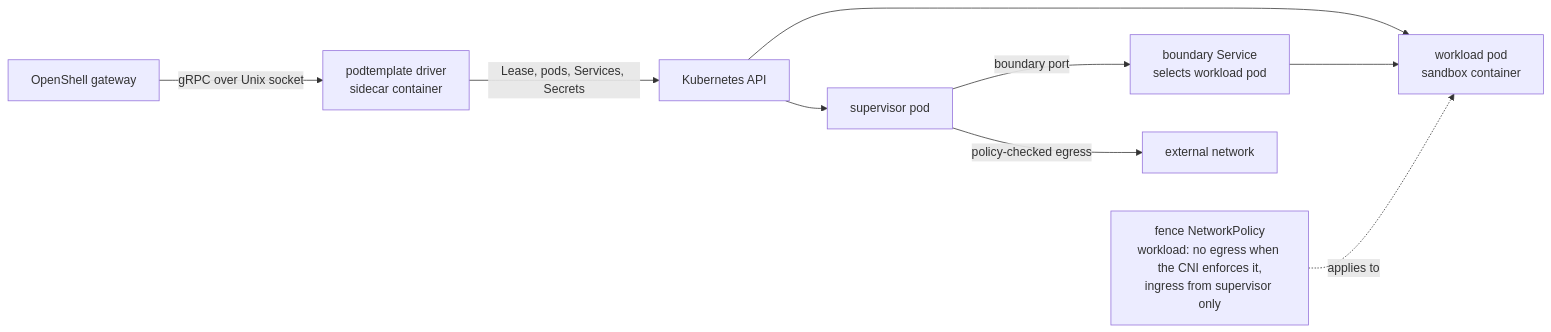
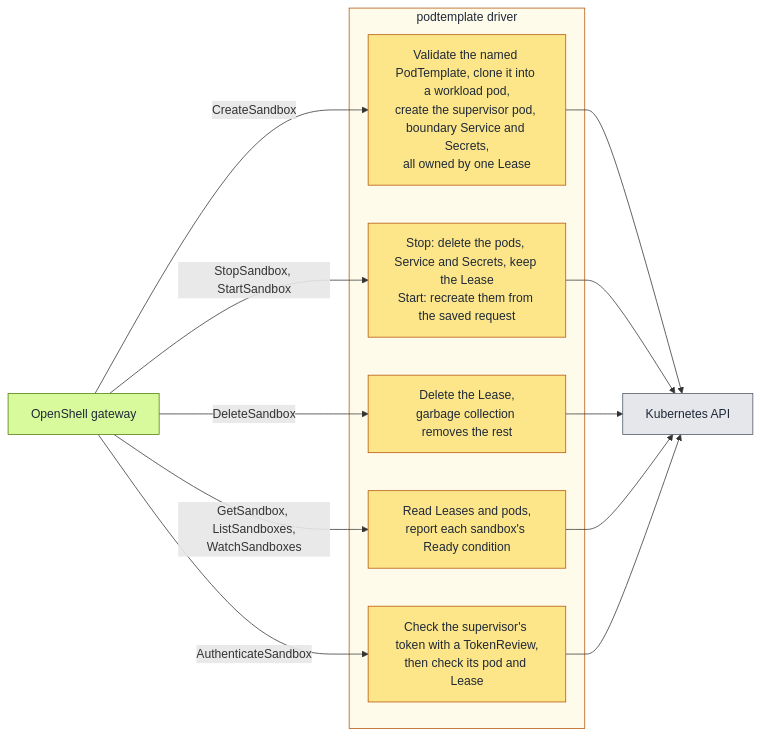
One commit to joshsymonds/openshell-driver-podtemplate changed the second of 3 diagrams in README.md. Above: the diagram before and after it, drawn with Mermaid. The commit also changed other lines of this file and 1 other file, not shown here.

First line of the commit message:
Redraw the architecture diagrams by ownership

````diff
--- a/README.md
+++ b/README.md
@@ -20,20 +82,29 @@
 ```mermaid
 flowchart LR
-  gw["OpenShell gateway"]
-  drv["podtemplate driver<br/>sidecar container"]
-  api["Kubernetes API"]
-  wl["workload pod<br/>sandbox container"]
-  sup["supervisor pod"]
-  svc["boundary Service<br/>selects workload pod"]
-  fence["fence NetworkPolicy<br/>workload: no egress when the CNI enforces it,<br/>ingress from supervisor only"]
-  ext["external network"]
+  classDef driver fill:#fde68a,stroke:#b45309,color:#1f2937
+  classDef openshell fill:#d9f99d,stroke:#4d7c0f,color:#1f2937
+  classDef other fill:#e5e7eb,stroke:#4b5563,color:#1f2937
 
-  gw -->|"gRPC over Unix socket"| drv
-  drv -->|"Lease, pods, Services, Secrets"| api
-  api --> wl
-  api --> sup
-  sup -->|"boundary port"| svc
-  svc --> wl
-  fence -.->|"applies to"| wl
-  sup -->|"policy-checked egress"| ext
+  gw["OpenShell gateway"]:::openshell
+  subgraph drv["podtemplate driver"]
+    create["Validate the named PodTemplate, clone it into a workload pod,<br/>create the supervisor pod, boundary Service and Secrets,<br/>all owned by one Lease"]:::driver
+    stopstart["Stop: delete the pods, Service and Secrets, keep the Lease<br/>Start: recreate them from the saved request"]:::driver
+    del["Delete the Lease,<br/>garbage collection removes the rest"]:::driver
+    watch["Read Leases and pods,<br/>report each sandbox's Ready condition"]:::driver
+    auth["Check the supervisor's token with a TokenReview,<br/>then check its pod and Lease"]:::driver
+  end
+  api["Kubernetes API"]:::other
+
+  gw -->|"CreateSandbox"| create
+  gw -->|"StopSandbox, StartSandbox"| stopstart
+  gw -->|"DeleteSandbox"| del
+  gw -->|"GetSandbox, ListSandboxes,<br/>WatchSandboxes"| watch
+  gw -->|"AuthenticateSandbox"| auth
+  create --> api
+  stopstart --> api
+  del --> api
+  watch --> api
+  auth --> api
+
+  style drv fill:#fffbeb,stroke:#b45309,color:#1f2937
 ```
````
